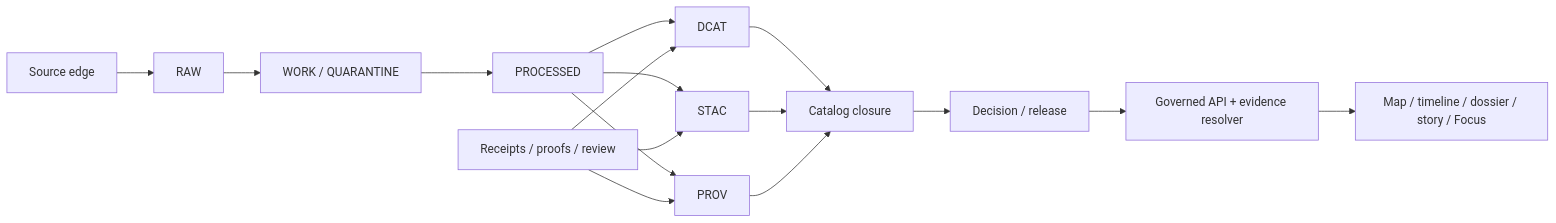
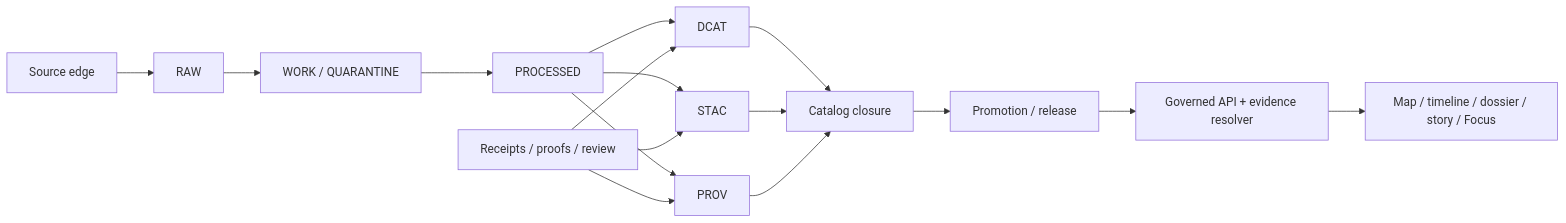
The diagram in data/catalog/README.md (bartytime4life/Kansas-Frontier-Matrix), drawn with Mermaid before and after one commit. The commit also changed other lines of this file, not shown here.

````diff
--- a/data/catalog/README.md
+++ b/data/catalog/README.md
@@ -273,22 +359,22 @@
 ```mermaid
 flowchart LR
     A[Source edge] --> B[RAW]
     B --> C[WORK / QUARANTINE]
     C --> D[PROCESSED]
 
     D --> E[DCAT]
     D --> F[STAC]
     D --> G[PROV]
 
     H[Receipts / proofs / review] --> E
     H --> F
     H --> G
 
     E --> I[Catalog closure]
     F --> I
     G --> I
 
-    I --> J[Decision / release]
+    I --> J[Promotion / release]
     J --> K[Governed API + evidence resolver]
     K --> L[Map / timeline / dossier / story / Focus]
 ```
````
